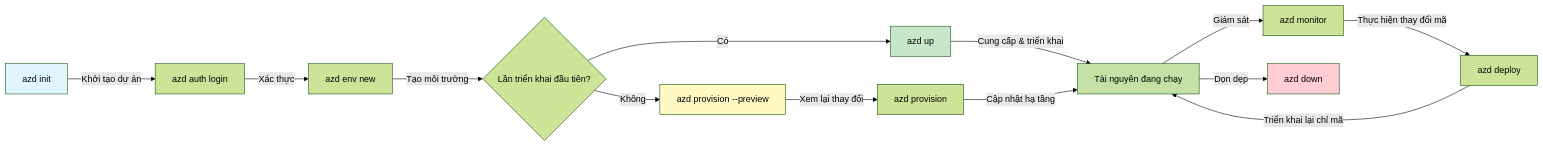
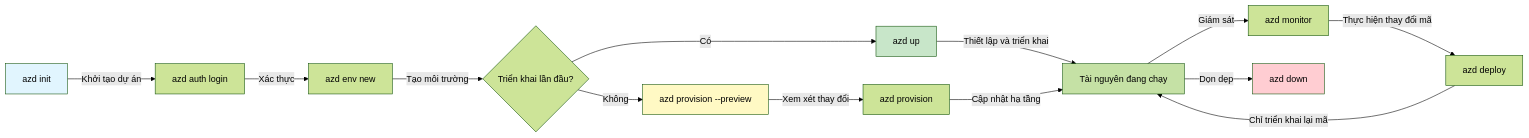
Before and after one commit to microsoft/AZD-for-beginners: the first of 2 diagrams in translations/vi/docs/chapter-01-foundation/azd-basics.md, drawn with Mermaid (forest theme). The commit also changed other lines of this file and 101 other files, not shown here.

````diff
--- a/translations/vi/docs/chapter-01-foundation/azd-basics.md
+++ b/translations/vi/docs/chapter-01-foundation/azd-basics.md
@@ -254,21 +269,21 @@
 ```mermaid
 graph LR
     A[azd init] -->|Khởi tạo dự án| B[azd auth login]
     B -->|Xác thực| C[azd env new]
-    C -->|Tạo môi trường| D{Lần triển khai đầu tiên?}
+    C -->|Tạo môi trường| D{Triển khai lần đầu?}
     D -->|Có| E[azd up]
     D -->|Không| F[azd provision --preview]
-    F -->|Xem lại thay đổi| G[azd provision]
-    E -->|Cung cấp & triển khai| H[Tài nguyên đang chạy]
+    F -->|Xem xét thay đổi| G[azd provision]
+    E -->|Thiết lập và triển khai| H[Tài nguyên đang chạy]
     G -->|Cập nhật hạ tầng| H
     H -->|Giám sát| I[azd monitor]
     I -->|Thực hiện thay đổi mã| J[azd deploy]
-    J -->|Triển khai lại chỉ mã| H
+    J -->|Chỉ triển khai lại mã| H
     H -->|Dọn dẹp| K[azd down]
     
     style A fill:#e1f5fe
     style E fill:#c8e6c9
     style F fill:#fff9c4
     style H fill:#c5e1a5
     style K fill:#ffcdd2
 ```
````
